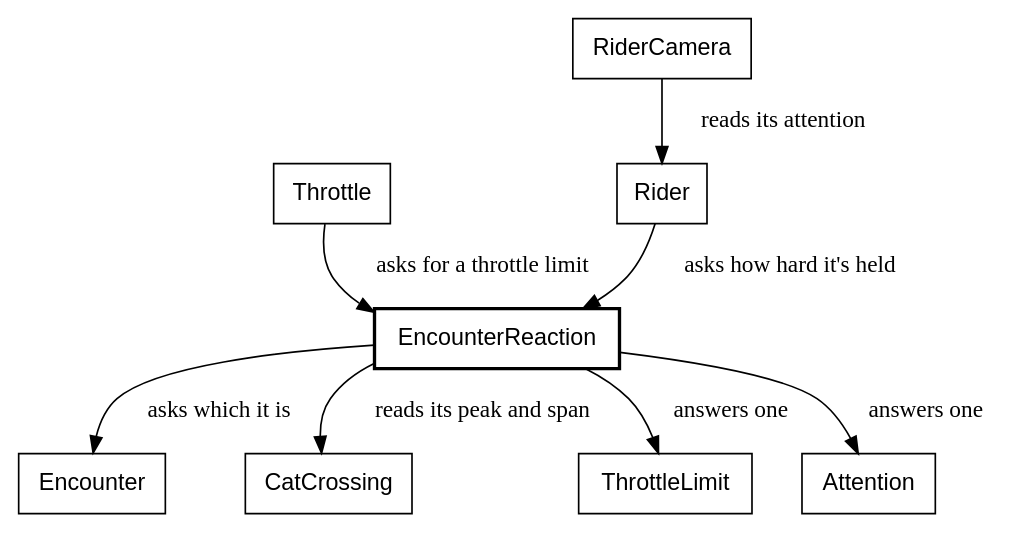
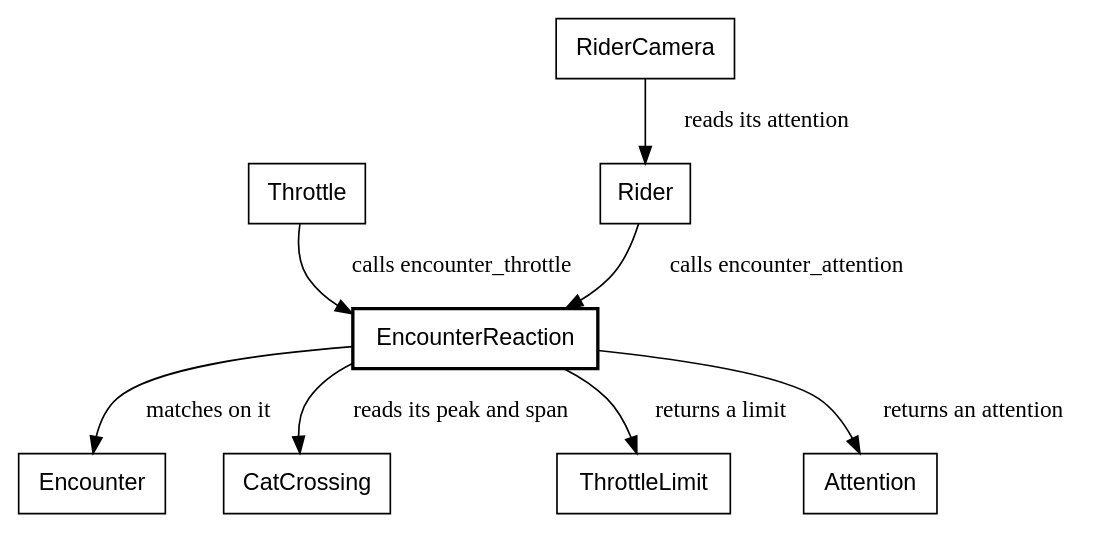
Before and after one commit to showell/roc-apps: diagram 12 of 15 in canvas_apps/safari/tutorial/tutorial.md, drawn with Graphviz. The commit also changed other lines of this file, not shown here.

Commit message:
Voice pass: The bird, What a cat does to the rider, The math layer, Proving it, The platform, Zooming back out

````diff
--- a/canvas_apps/safari/tutorial/tutorial.md
+++ b/canvas_apps/safari/tutorial/tutorial.md
@@ -2192,13 +2192,13 @@
 ```dot
 digraph reaction {
   node [shape=box, fontname="Helvetica"];
   EncounterReaction [style=bold];
-  Throttle -> EncounterReaction [label="  asks for a throttle limit"];
-  Rider -> EncounterReaction [label="  asks how hard it's held"];
+  Throttle -> EncounterReaction [label="  calls encounter_throttle"];
+  Rider -> EncounterReaction [label="  calls encounter_attention"];
   RiderCamera -> Rider [label="  reads its attention"];
-  EncounterReaction -> Encounter [label="  asks which it is"];
+  EncounterReaction -> Encounter [label="  matches on it"];
   EncounterReaction -> CatCrossing [label="  reads its peak and span"];
-  EncounterReaction -> ThrottleLimit [label="  answers one"];
-  EncounterReaction -> Attention [label="  answers one"];
+  EncounterReaction -> ThrottleLimit [label="  returns a limit"];
+  EncounterReaction -> Attention [label="  returns an attention"];
 }
 ```
````
